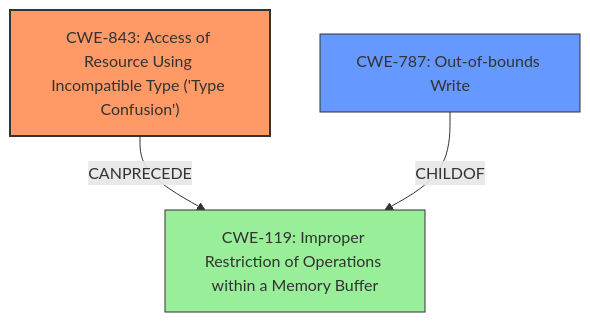
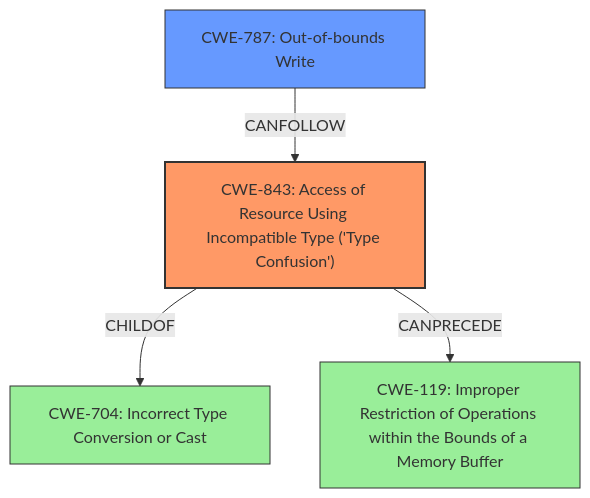
The diagram in CVE-2021-21224/CVE-2021-21224_analysis.md (CyberSecAI/cwe_agent_assign_reports_2023), drawn with Mermaid before and after one commit. The commit also changed other lines of this file and 902 other files, not shown here.

````diff
--- a/CVE-2021-21224/CVE-2021-21224_analysis.md
+++ b/CVE-2021-21224/CVE-2021-21224_analysis.md
@@ -17,16 +17,18 @@
 ```mermaid
 graph TD
     cwe843["CWE-843: Access of Resource Using Incompatible Type ('Type Confusion')"]
-    cwe119["CWE-119: Improper Restriction of Operations within a Memory Buffer"]
+    cwe704["CWE-704: Incorrect Type Conversion or Cast"]
+    cwe119["CWE-119: Improper Restriction of Operations within the Bounds of a Memory Buffer"]
     cwe787["CWE-787: Out-of-bounds Write"]
-
+    
+    cwe843 -->|CHILDOF| cwe704
     cwe843 -->|CANPRECEDE| cwe119
-    cwe787 -->|CHILDOF| cwe119
-
+    cwe787 -->|CANFOLLOW| cwe843
+    
     classDef primary fill:#f96,stroke:#333,stroke-width:2px
     classDef secondary fill:#69f,stroke:#333
     classDef tertiary fill:#9e9,stroke:#333
     class cwe843 primary
     class cwe787 secondary
-    class cwe119 tertiary
+    class cwe704,cwe119 tertiary
 ```
````
